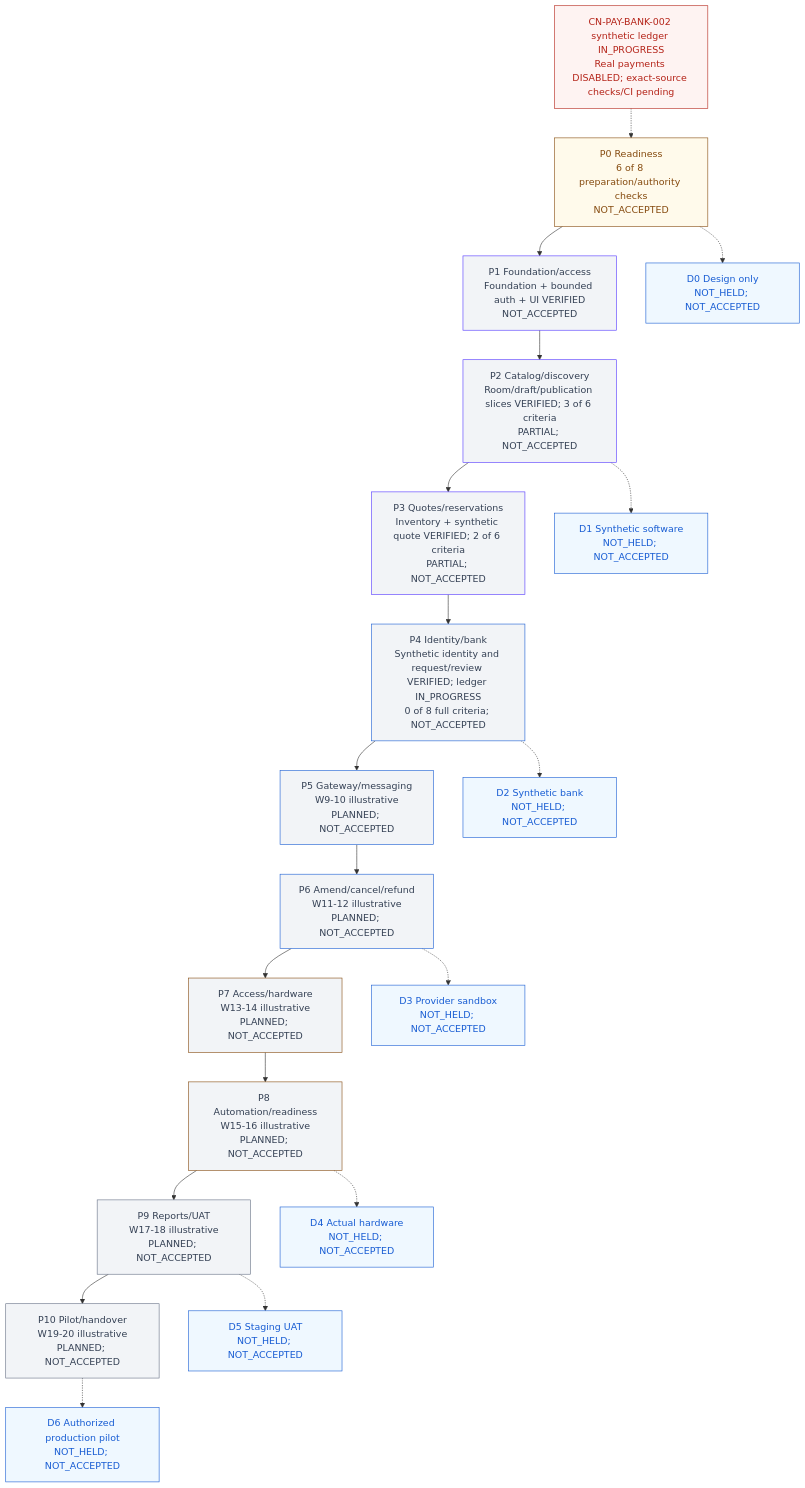
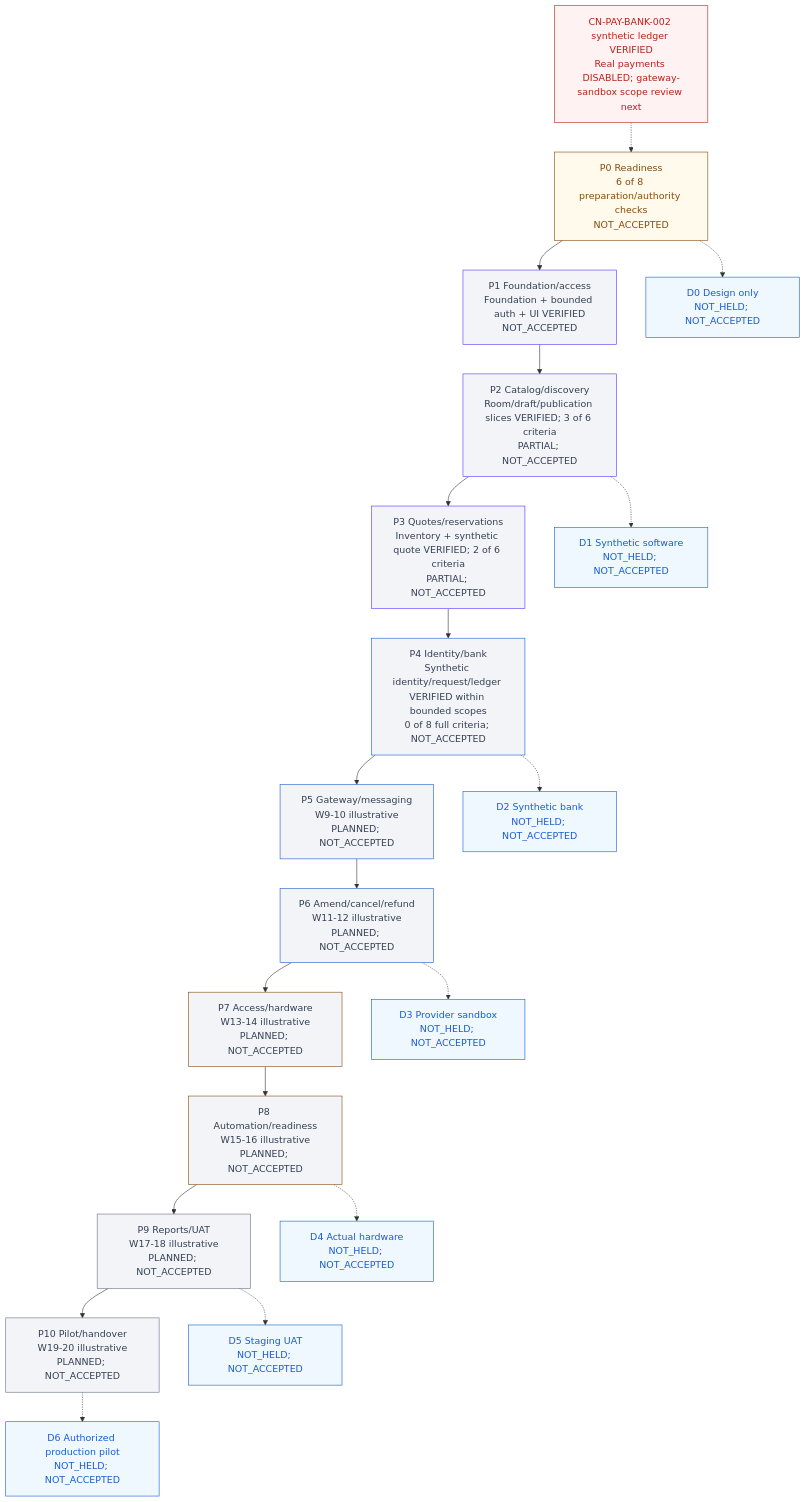
One commit to Hasitha3513/Theater-Project changed the diagram in knowledge/PROGRESS.md. Above: the diagram before and after it, drawn with Mermaid. The commit also changed other lines of this file and 5 other files, not shown here.

Commit message:
docs(payments): close verified synthetic ledger slice

````diff
--- a/knowledge/PROGRESS.md
+++ b/knowledge/PROGRESS.md
@@ -309,45 +309,45 @@
 ```mermaid
 flowchart TB
-  G["CN-PAY-BANK-002 synthetic ledger IN_PROGRESS<br/>Real payments DISABLED; exact-source checks/CI pending"]
+  G["CN-PAY-BANK-002 synthetic ledger VERIFIED<br/>Real payments DISABLED; gateway-sandbox scope review next"]
   P0["P0 Readiness<br/>6 of 8 preparation/authority checks<br/>NOT_ACCEPTED"]
   P1["P1 Foundation/access<br/>Foundation + bounded auth + UI VERIFIED<br/>NOT_ACCEPTED"]
   P2["P2 Catalog/discovery<br/>Room/draft/publication slices VERIFIED; 3 of 6 criteria<br/>PARTIAL; NOT_ACCEPTED"]
   P3["P3 Quotes/reservations<br/>Inventory + synthetic quote VERIFIED; 2 of 6 criteria<br/>PARTIAL; NOT_ACCEPTED"]
-  P4["P4 Identity/bank<br/>Synthetic identity and request/review VERIFIED; ledger IN_PROGRESS<br/>0 of 8 full criteria; NOT_ACCEPTED"]
+  P4["P4 Identity/bank<br/>Synthetic identity/request/ledger VERIFIED within bounded scopes<br/>0 of 8 full criteria; NOT_ACCEPTED"]
   P5["P5 Gateway/messaging<br/>W9-10 illustrative<br/>PLANNED; NOT_ACCEPTED"]
   P6["P6 Amend/cancel/refund<br/>W11-12 illustrative<br/>PLANNED; NOT_ACCEPTED"]
   P7["P7 Access/hardware<br/>W13-14 illustrative<br/>PLANNED; NOT_ACCEPTED"]
   P8["P8 Automation/readiness<br/>W15-16 illustrative<br/>PLANNED; NOT_ACCEPTED"]
   P9["P9 Reports/UAT<br/>W17-18 illustrative<br/>PLANNED; NOT_ACCEPTED"]
   P10["P10 Pilot/handover<br/>W19-20 illustrative<br/>PLANNED; NOT_ACCEPTED"]
   G -.-> P0
   P0 --> P1 --> P2 --> P3 --> P4 --> P5 --> P6 --> P7 --> P8 --> P9 --> P10
   D0["D0 Design only<br/>NOT_HELD; NOT_ACCEPTED"]
   D1["D1 Synthetic software<br/>NOT_HELD; NOT_ACCEPTED"]
   D2["D2 Synthetic bank<br/>NOT_HELD; NOT_ACCEPTED"]
   D3["D3 Provider sandbox<br/>NOT_HELD; NOT_ACCEPTED"]
   D4["D4 Actual hardware<br/>NOT_HELD; NOT_ACCEPTED"]
   D5["D5 Staging UAT<br/>NOT_HELD; NOT_ACCEPTED"]
   D6["D6 Authorized production pilot<br/>NOT_HELD; NOT_ACCEPTED"]
   P0 -.-> D0
   P2 -.-> D1
   P4 -.-> D2
   P6 -.-> D3
   P8 -.-> D4
   P9 -.-> D5
   P10 -.-> D6
   classDef readiness fill:#FFFAEB,color:#854A0E,stroke:#854A0E;
   classDef foundation fill:#F2F4F7,color:#344054,stroke:#5135FF;
   classDef financial fill:#F2F4F7,color:#344054,stroke:#175CD3;
   classDef physical fill:#F2F4F7,color:#344054,stroke:#854A0E;
   classDef release fill:#F2F4F7,color:#344054,stroke:#667085;
   classDef blocked fill:#FEF3F2,color:#B42318,stroke:#B42318;
   classDef demo fill:#EFF8FF,color:#175CD3,stroke:#175CD3;
   class P0 readiness;
   class P1,P2,P3 foundation;
   class P4,P5,P6 financial;
   class P7,P8 physical;
   class P9,P10 release;
   class G blocked;
   class D0,D1,D2,D3,D4,D5,D6 demo;
 ```
````
